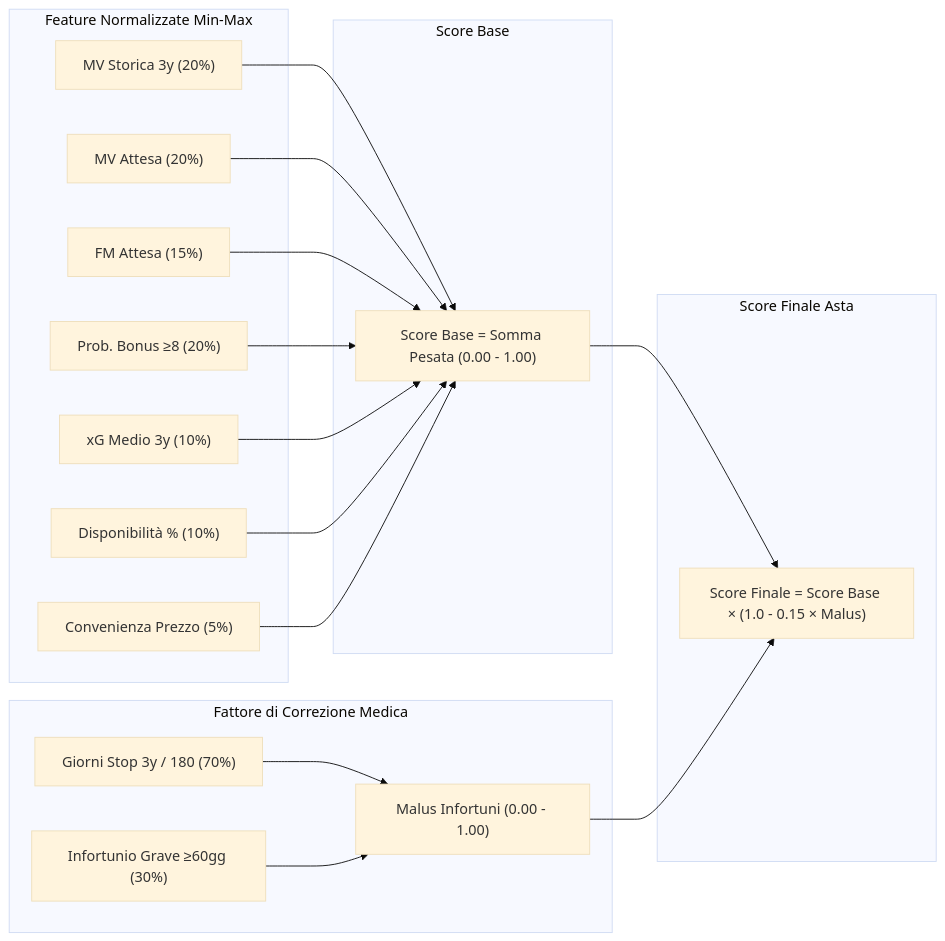
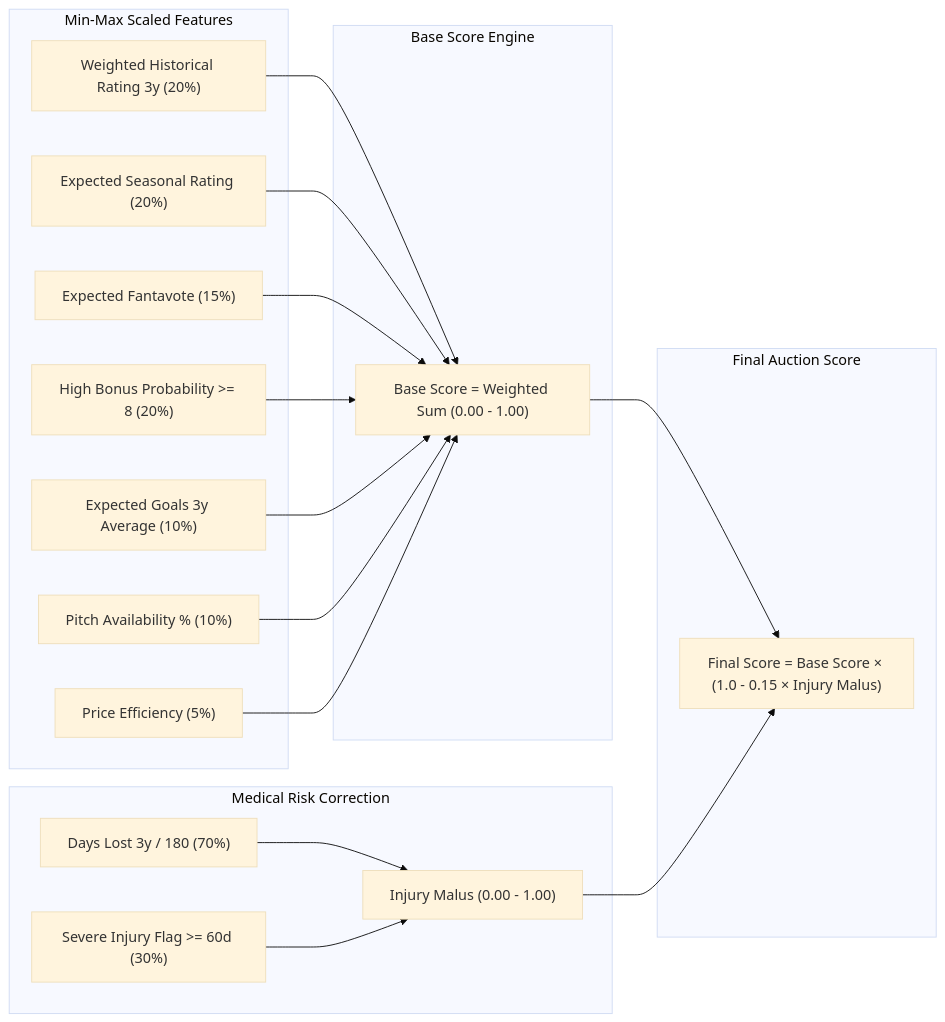
One commit to spectrelabo/fanta-lab changed the second of 4 diagrams in README.md. Above: the diagram before and after it, drawn with Mermaid (base theme). The commit also changed other lines of this file and 3 other files, not shown here.

````diff
--- a/README.md
+++ b/README.md
@@ -84,40 +85,40 @@
 ```mermaid
 flowchart LR
-    subgraph Inputs [Feature Normalizzate Min-Max]
-        MV3["MV Storica 3y (20%)"]
-        MVA["MV Attesa (20%)"]
-        FMA["FM Attesa (15%)"]
-        PB8["Prob. Bonus ≥8 (20%)"]
-        XG["xG Medio 3y (10%)"]
-        AV["Disponibilità % (10%)"]
-        PR["Convenienza Prezzo (5%)"]
+    subgraph Inputs [Min-Max Scaled Features]
+        MV3["Weighted Historical Rating 3y (20%)"]
+        MVA["Expected Seasonal Rating (20%)"]
+        FMA["Expected Fantavote (15%)"]
+        PB8["High Bonus Probability >= 8 (20%)"]
+        XG["Expected Goals 3y Average (10%)"]
+        AV["Pitch Availability % (10%)"]
+        PR["Price Efficiency (5%)"]
     end
 
-    subgraph Aggregation [Score Base]
-        SB["Score Base = Somma Pesata (0.00 - 1.00)"]
+    subgraph Aggregation [Base Score Engine]
+        SB["Base Score = Weighted Sum (0.00 - 1.00)"]
     end
 
-    subgraph Risk [Fattore di Correzione Medica]
-        INJ_D["Giorni Stop 3y / 180 (70%)"]
-        INJ_G["Infortunio Grave ≥60gg (30%)"]
-        MALUS["Malus Infortuni (0.00 - 1.00)"]
+    subgraph Risk [Medical Risk Correction]
+        INJ_D["Days Lost 3y / 180 (70%)"]
+        INJ_G["Severe Injury Flag >= 60d (30%)"]
+        MALUS["Injury Malus (0.00 - 1.00)"]
     end
 
-    subgraph Final [Score Finale Asta]
-        SF["Score Finale = Score Base × (1.0 - 0.15 × Malus)"]
+    subgraph Final [Final Auction Score]
+        SF["Final Score = Base Score × (1.0 - 0.15 × Injury Malus)"]
     end
 
     MV3 --> SB
     MVA --> SB
     FMA --> SB
     PB8 --> SB
     XG --> SB
     AV --> SB
     PR --> SB
 
     INJ_D --> MALUS
     INJ_G --> MALUS
 
     SB --> SF
     MALUS --> SF
 ```
````
